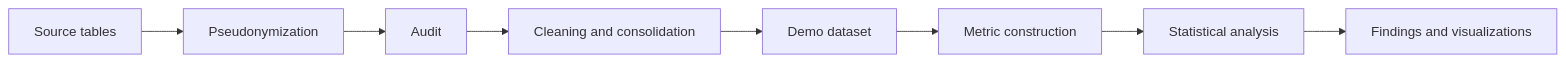
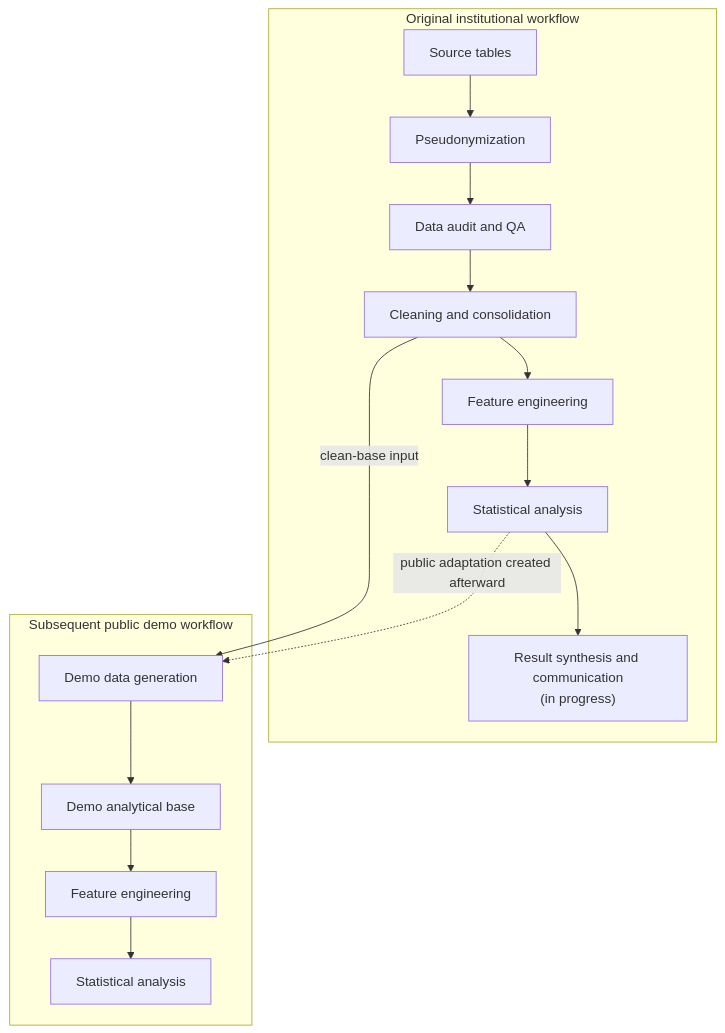
Before and after one commit to valentinarias-dtsc/higher-education-outcomes-analysis: the diagram in README.md, drawn with Mermaid. The commit also changed other lines of this file and 1 other file, not shown here.

Commit message:
Explicit the actual workflow in the README and project architecture docs.

````diff
--- a/README.md
+++ b/README.md
@@ -24,10 +24,20 @@
 ```mermaid
-flowchart LR
-    A["Source tables"] --> B["Pseudonymization"]
-    B --> C["Audit"]
-    C --> D["Cleaning and consolidation"]
-    D --> E["Demo dataset"]
-    E --> F["Metric construction"]
-    F --> G["Statistical analysis"]
-    G --> H["Findings and visualizations"]
+flowchart TD
+    subgraph Original["Original institutional workflow"]
+        A["Source tables"] --> B["Pseudonymization"]
+        B --> C["Data audit and QA"]
+        C --> D["Cleaning and consolidation"]
+        D --> E["Feature engineering"]
+        E --> F["Statistical analysis"]
+        F --> G["Result synthesis and communication<br/>(in progress)"]
+    end
+
+    subgraph Demo["Subsequent public demo workflow"]
+        H["Demo data generation"] --> I["Demo analytical base"]
+        I --> J["Feature engineering"]
+        J --> K["Statistical analysis"]
+    end
+
+    D -->|"clean-base input"| H
+    F -.->|"public adaptation created afterward"| H
 ```
````
